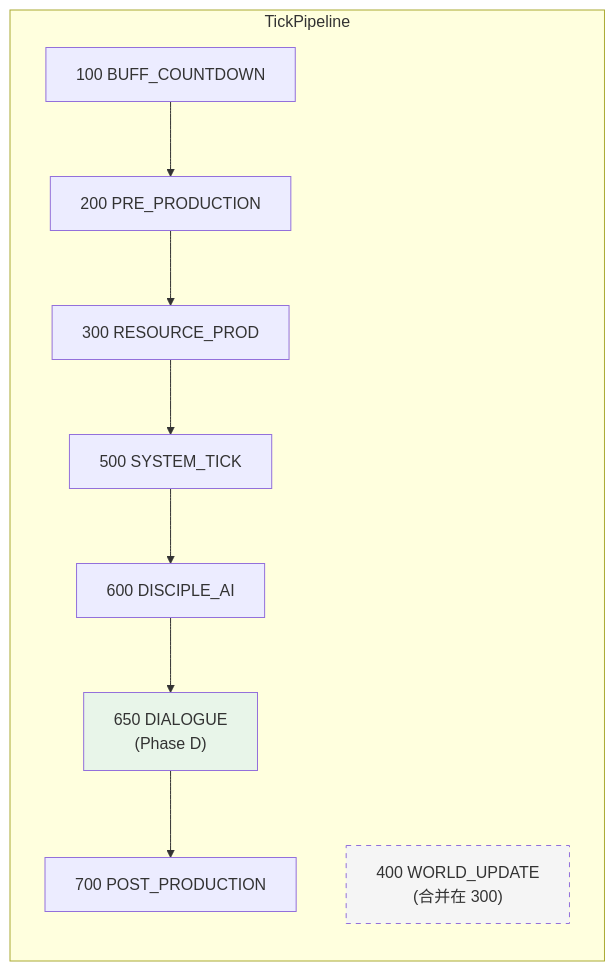
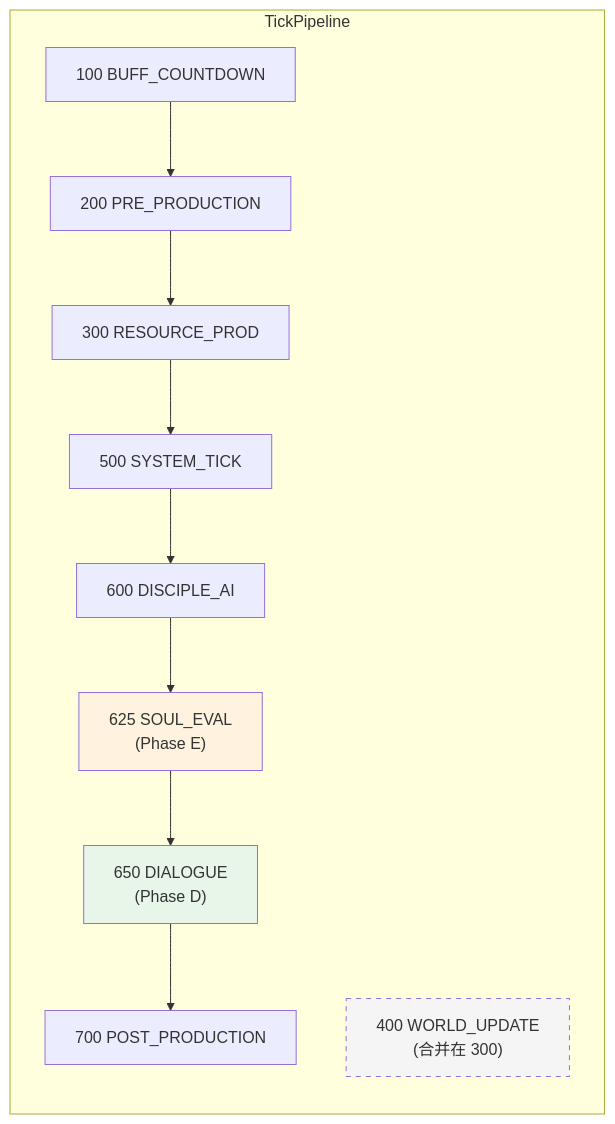
Before and after one commit to bennygray/7game: the diagram in docs/design/arch/pipeline.md, drawn with Mermaid. The commit also changed other lines of this file and 75 other files, not shown here.

````diff
--- a/docs/design/arch/pipeline.md
+++ b/docs/design/arch/pipeline.md
@@ -14,16 +14,18 @@
 ```mermaid
 graph LR
     subgraph Pipeline["TickPipeline"]
         P100["100 BUFF_COUNTDOWN"]
         P200["200 PRE_PRODUCTION"]
         P300["300 RESOURCE_PROD"]
         P400["400 WORLD_UPDATE<br>(合并在 300)"]
         P500["500 SYSTEM_TICK"]
         P600["600 DISCIPLE_AI"]
+        P625["625 SOUL_EVAL<br>(Phase E)"]
         P650["650 DIALOGUE<br>(Phase D)"]
         P700["700 POST_PRODUCTION"]
     end
-    P100 --> P200 --> P300 --> P500 --> P600 --> P650 --> P700
+    P100 --> P200 --> P300 --> P500 --> P600 --> P625 --> P650 --> P700
     style P400 fill:#f5f5f5,stroke-dasharray: 5 5
+    style P625 fill:#fff3e0
     style P650 fill:#e8f5e9
 ```
````
